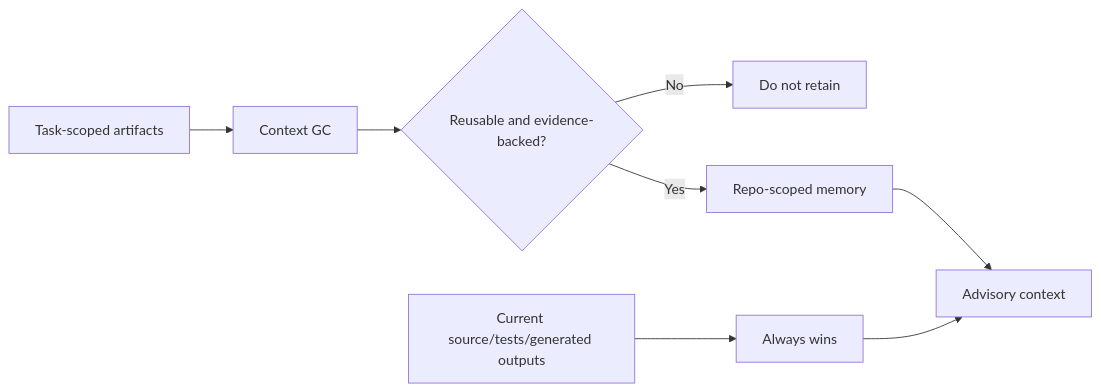
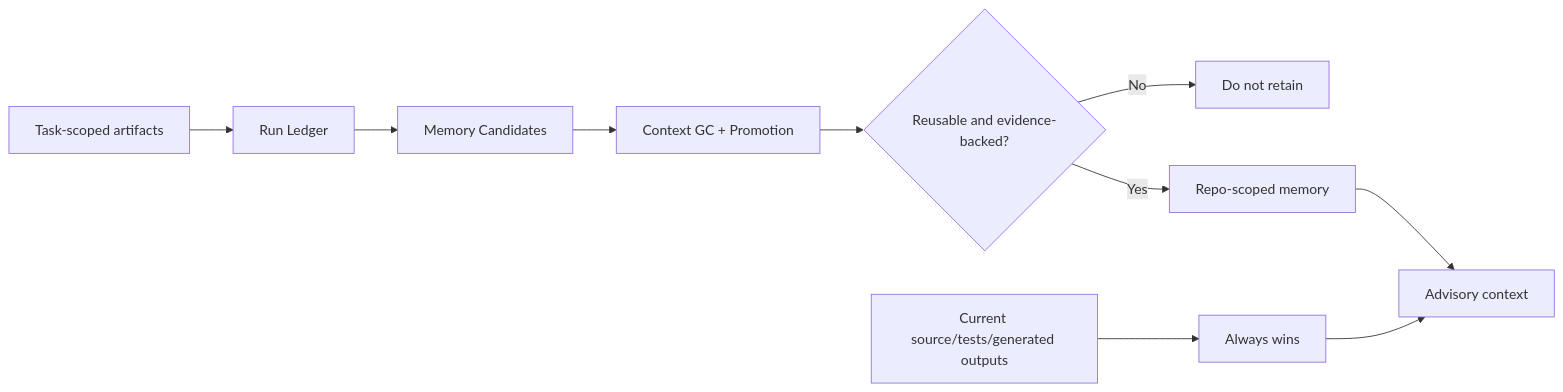
Before and after one commit to daeon/EngineeringTeam: the fourth of 4 diagrams in docs/design.md, drawn with Mermaid. The commit also changed other lines of this file, not shown here.

Commit message:
Update design docs for read-only depth and run ledger

````diff
--- a/docs/design.md
+++ b/docs/design.md
@@ -154,10 +171,12 @@
 ```mermaid
 flowchart LR
-    session[Task-scoped artifacts] --> gc[Context GC]
+    session[Task-scoped artifacts] --> ledger[Run Ledger]
+    ledger --> candidates[Memory Candidates]
+    candidates --> gc[Context GC + Promotion]
     gc --> durable{Reusable and evidence-backed?}
     durable -->|No| discard[Do not retain]
     durable -->|Yes| memory[Repo-scoped memory]
     source[Current source/tests/generated outputs] --> wins[Always wins]
     memory --> advisory[Advisory context]
     wins --> advisory
 ```
````
